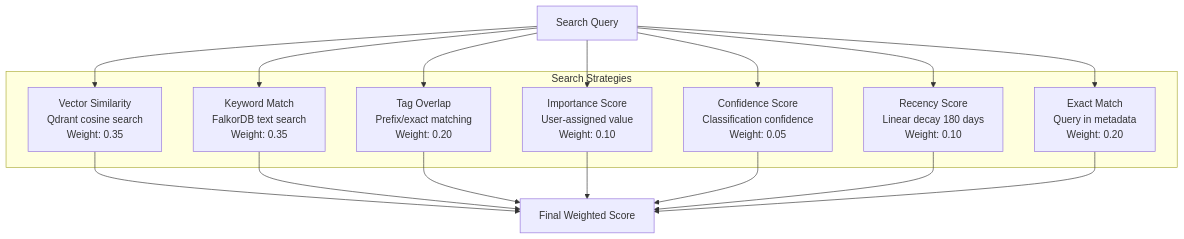
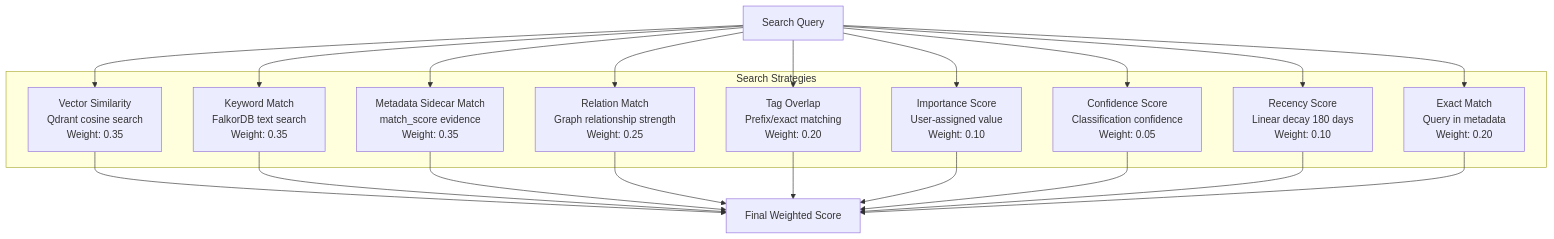
Before and after one commit to verygoodplugins/automem-website: the second of 3 diagrams in src/content/docs/docs/core-concepts/hybrid-search.md, drawn with Mermaid. The commit also changed other lines of this file, not shown here.

Commit message:
docs: complete hybrid scoring diagrams

````diff
--- a/src/content/docs/docs/core-concepts/hybrid-search.md
+++ b/src/content/docs/docs/core-concepts/hybrid-search.md
@@ -67,32 +67,38 @@
 ```mermaid
 graph TB
     Query["Search Query"]
 
     subgraph "Search Strategies"
         Vector["Vector Similarity<br/>Qdrant cosine search<br/>Weight: 0.35"]
         Keyword["Keyword Match<br/>FalkorDB text search<br/>Weight: 0.35"]
+        Metadata["Metadata Sidecar Match<br/>match_score evidence<br/>Weight: 0.35"]
+        Relation["Relation Match<br/>Graph relationship strength<br/>Weight: 0.25"]
         Tag["Tag Overlap<br/>Prefix/exact matching<br/>Weight: 0.20"]
         Importance["Importance Score<br/>User-assigned value<br/>Weight: 0.10"]
         Confidence["Confidence Score<br/>Classification confidence<br/>Weight: 0.05"]
         Recency["Recency Score<br/>Linear decay 180 days<br/>Weight: 0.10"]
         Exact["Exact Match<br/>Query in metadata<br/>Weight: 0.20"]
     end
 
     Result["Final Weighted Score"]
 
     Query --> Vector
     Query --> Keyword
+    Query --> Metadata
+    Query --> Relation
     Query --> Tag
     Query --> Importance
     Query --> Confidence
     Query --> Recency
     Query --> Exact
 
     Vector --> Result
     Keyword --> Result
+    Metadata --> Result
+    Relation --> Result
     Tag --> Result
     Importance --> Result
     Confidence --> Result
     Recency --> Result
     Exact --> Result
 ```
````
